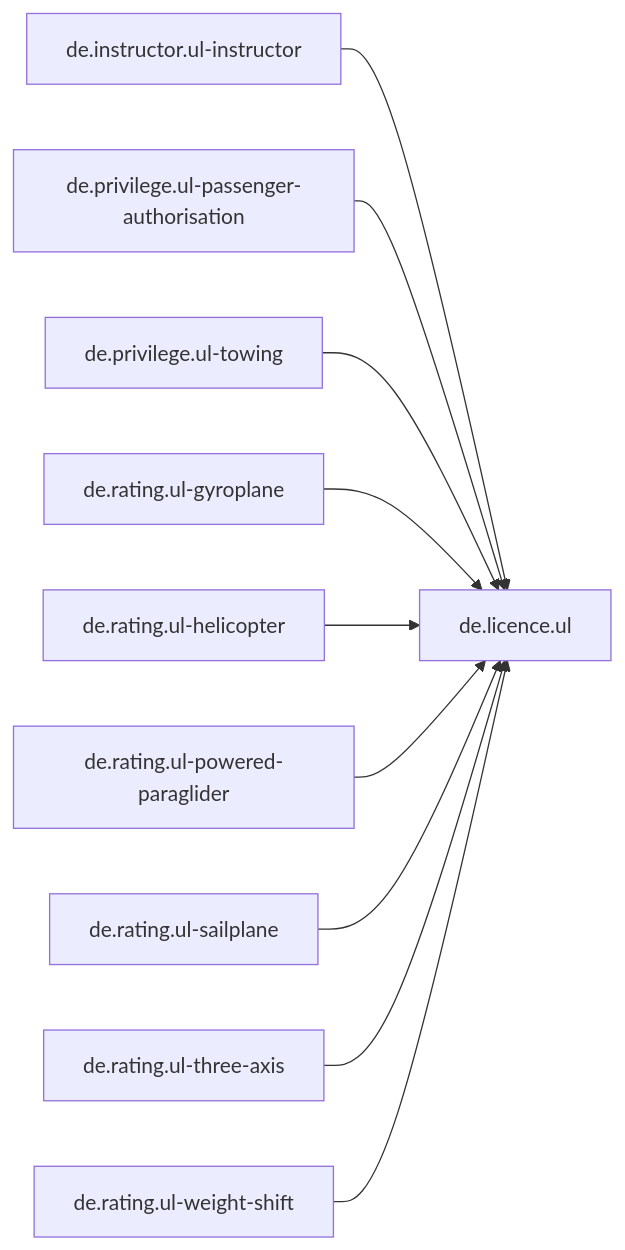
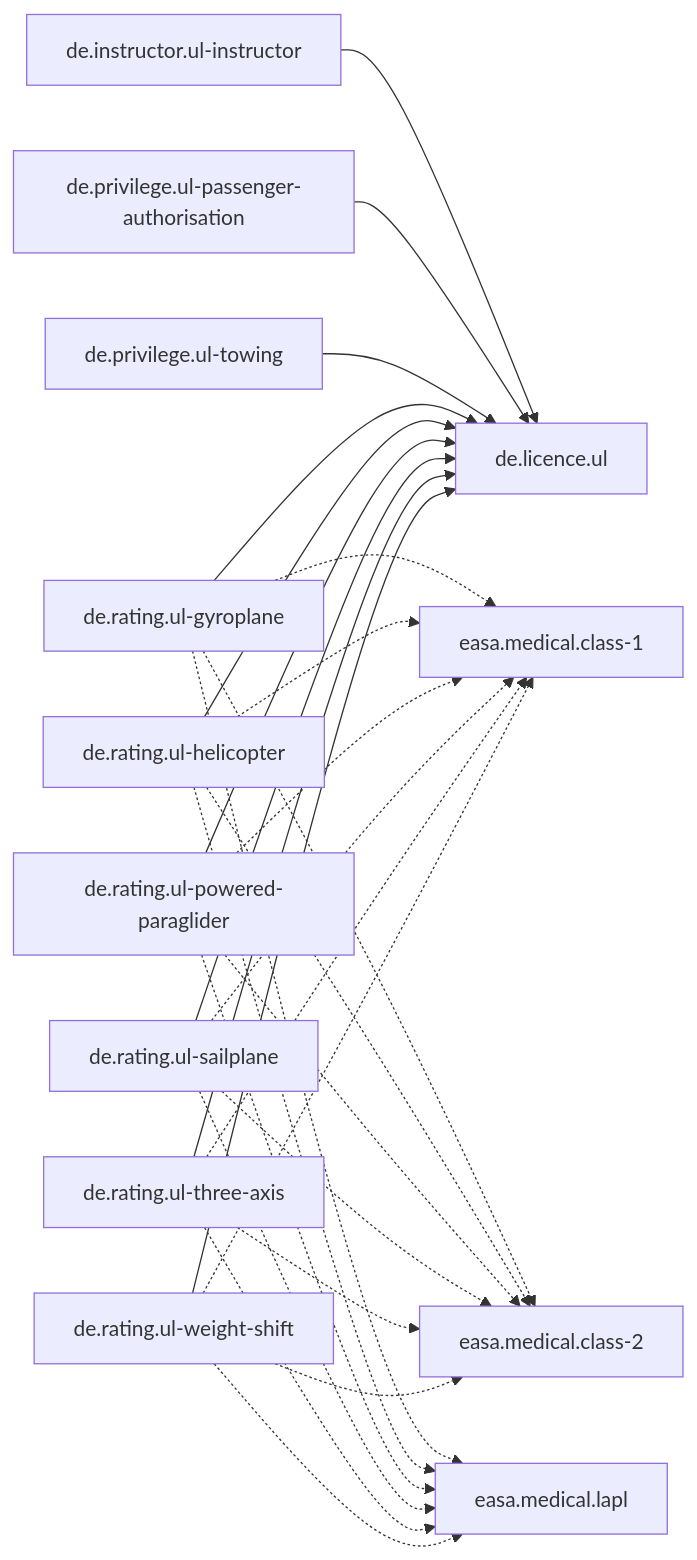
One commit to fjaeckel/open-aircrew-rules changed the first of 6 diagrams in docs/dependencies.md. Above: the diagram before and after it, drawn with Mermaid. The commit also changed other lines of this file and 162 other files, not shown here.

````diff
--- a/docs/dependencies.md
+++ b/docs/dependencies.md
@@ -23,22 +23,43 @@
 ```mermaid
 flowchart LR
   de_instructor_ul_instructor["de.instructor.ul-instructor"]
   de_licence_ul["de.licence.ul"]
   de_privilege_ul_passenger_authorisation["de.privilege.ul-passenger-authorisation"]
   de_privilege_ul_towing["de.privilege.ul-towing"]
   de_rating_ul_gyroplane["de.rating.ul-gyroplane"]
   de_rating_ul_helicopter["de.rating.ul-helicopter"]
   de_rating_ul_powered_paraglider["de.rating.ul-powered-paraglider"]
   de_rating_ul_sailplane["de.rating.ul-sailplane"]
   de_rating_ul_three_axis["de.rating.ul-three-axis"]
   de_rating_ul_weight_shift["de.rating.ul-weight-shift"]
+  easa_medical_class_1["easa.medical.class-1"]
+  easa_medical_class_2["easa.medical.class-2"]
+  easa_medical_lapl["easa.medical.lapl"]
   de_instructor_ul_instructor --> de_licence_ul
   de_privilege_ul_passenger_authorisation --> de_licence_ul
   de_privilege_ul_towing --> de_licence_ul
   de_rating_ul_gyroplane --> de_licence_ul
+  de_rating_ul_gyroplane -.-> easa_medical_class_1
+  de_rating_ul_gyroplane -.-> easa_medical_class_2
+  de_rating_ul_gyroplane -.-> easa_medical_lapl
   de_rating_ul_helicopter --> de_licence_ul
+  de_rating_ul_helicopter -.-> easa_medical_class_1
+  de_rating_ul_helicopter -.-> easa_medical_class_2
+  de_rating_ul_helicopter -.-> easa_medical_lapl
   de_rating_ul_powered_paraglider --> de_licence_ul
+  de_rating_ul_powered_paraglider -.-> easa_medical_class_1
+  de_rating_ul_powered_paraglider -.-> easa_medical_class_2
+  de_rating_ul_powered_paraglider -.-> easa_medical_lapl
   de_rating_ul_sailplane --> de_licence_ul
+  de_rating_ul_sailplane -.-> easa_medical_class_1
+  de_rating_ul_sailplane -.-> easa_medical_class_2
+  de_rating_ul_sailplane -.-> easa_medical_lapl
   de_rating_ul_three_axis --> de_licence_ul
+  de_rating_ul_three_axis -.-> easa_medical_class_1
+  de_rating_ul_three_axis -.-> easa_medical_class_2
+  de_rating_ul_three_axis -.-> easa_medical_lapl
   de_rating_ul_weight_shift --> de_licence_ul
+  de_rating_ul_weight_shift -.-> easa_medical_class_1
+  de_rating_ul_weight_shift -.-> easa_medical_class_2
+  de_rating_ul_weight_shift -.-> easa_medical_lapl
 ```
````
